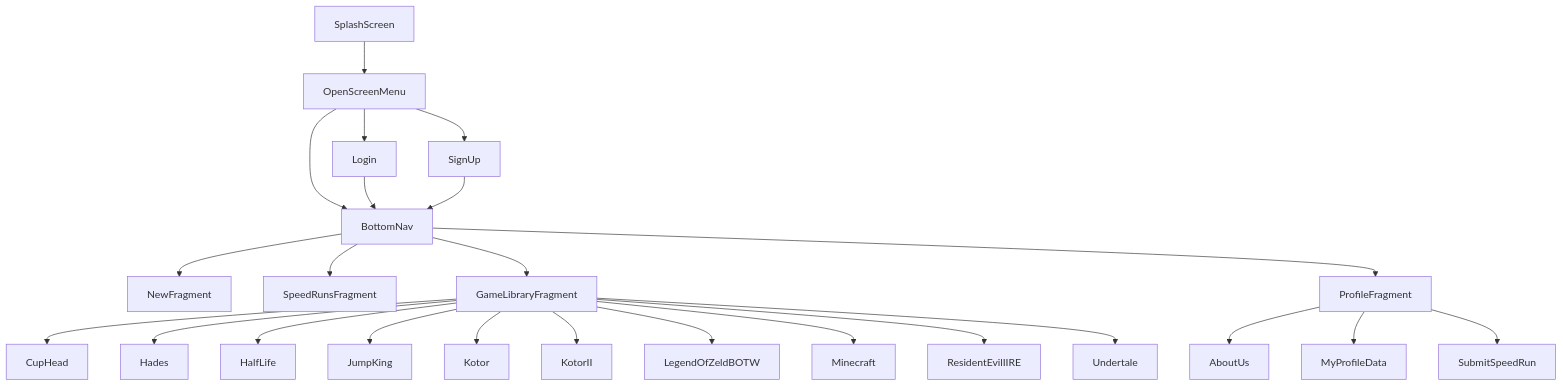
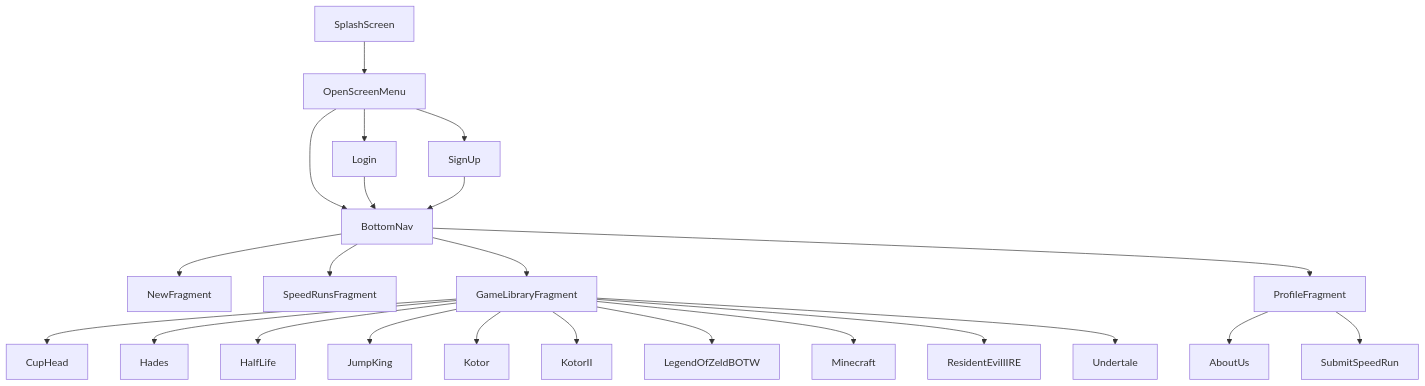
Before and after one commit to G4B3E/GuideRunner2: the diagram in README.md, drawn with Mermaid. The commit also changed other lines of this file, not shown here.

````diff
--- a/README.md
+++ b/README.md
@@ -104,27 +106,26 @@
 ```mermaid
 graph TD;
     SplashScreen-->OpenScreenMenu;
     OpenScreenMenu-->Login;
     OpenScreenMenu-->SignUp;
     OpenScreenMenu-->BottomNav;
     Login-->BottomNav;
     SignUp-->BottomNav;
     BottomNav-->NewFragment;
     BottomNav-->SpeedRunsFragment;
     BottomNav-->GameLibraryFragment;
     BottomNav-->ProfileFragment;
     ProfileFragment-->AboutUs;
-    ProfileFragment-->MyProfileData;
     ProfileFragment-->SubmitSpeedRun;
     GameLibraryFragment-->CupHead;
     GameLibraryFragment-->Hades;
     GameLibraryFragment-->HalfLife;
     GameLibraryFragment-->JumpKing;
     GameLibraryFragment-->Kotor;
     GameLibraryFragment-->KotorII;
     GameLibraryFragment-->LegendOfZeldBOTW;
     GameLibraryFragment-->Minecraft;
     GameLibraryFragment-->ResidentEvilIIRE;
     GameLibraryFragment-->Undertale;
     
 ```
````
